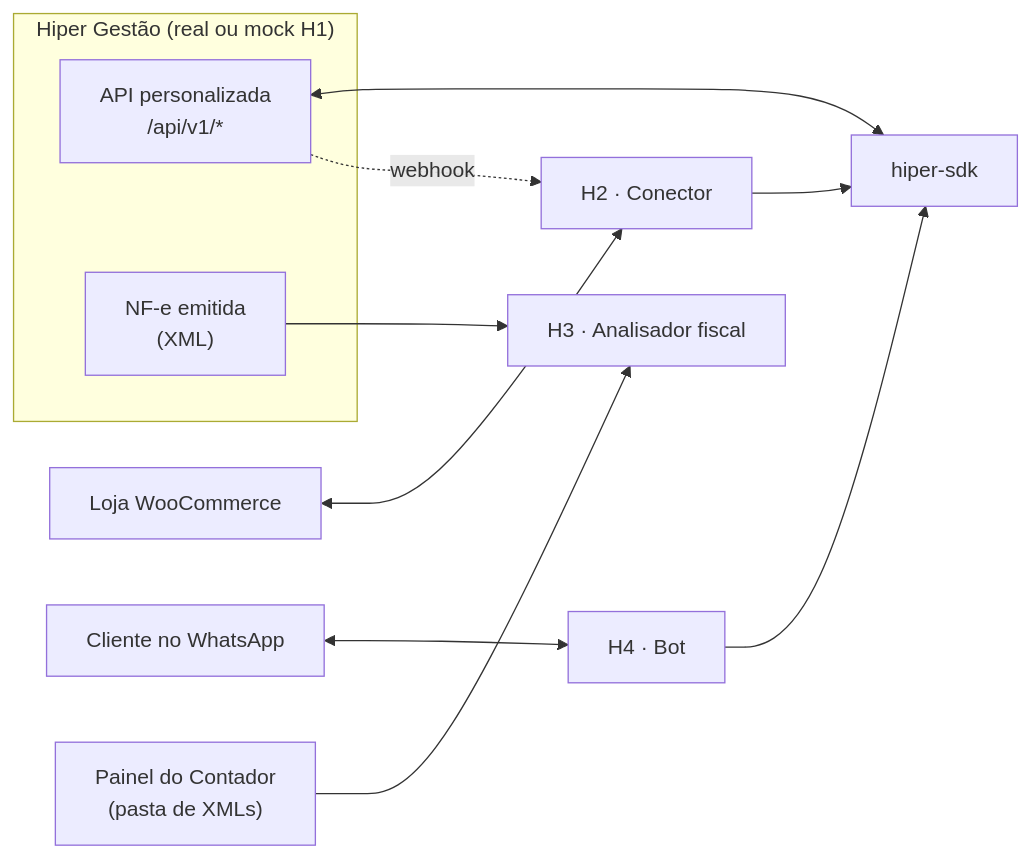
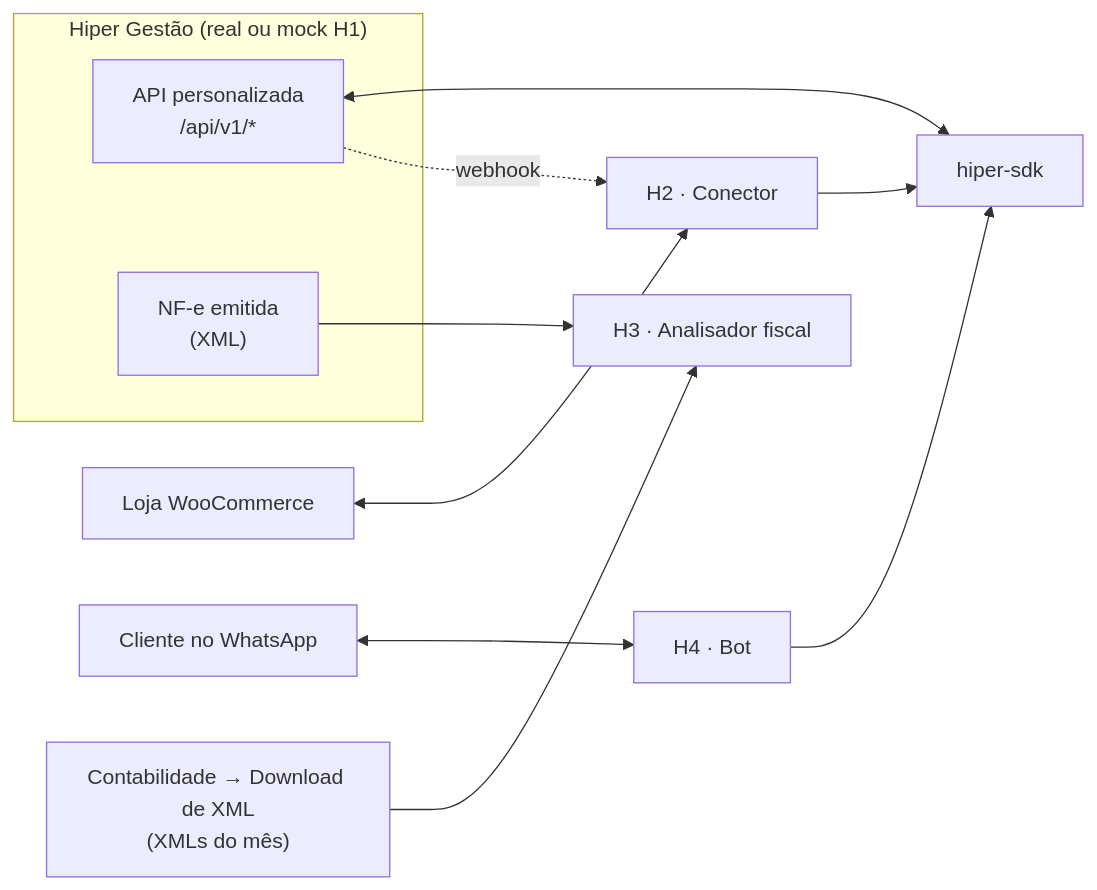
The diagram in README.md (GabrielNM12/hiper-especialista), drawn with Mermaid before and after one commit. The commit also changed other lines of this file and 12 other files, not shown here.

````diff
--- a/README.md
+++ b/README.md
@@ -30,23 +30,23 @@
 ```mermaid
 flowchart LR
     subgraph Hiper["Hiper Gestão (real ou mock H1)"]
         API["API personalizada<br/>/api/v1/*"]
         NF["NF-e emitida<br/>(XML)"]
     end
     SDK["hiper-sdk"]
     WOO["Loja WooCommerce"]
     WA["Cliente no WhatsApp"]
     H2["H2 · Conector"]
     H4["H4 · Bot"]
     H3["H3 · Analisador fiscal"]
-    CONT["Painel do Contador<br/>(pasta de XMLs)"]
+    CONT["Contabilidade → Download de XML<br/>(XMLs do mês)"]
 
     H2 --> SDK
     H4 --> SDK
     SDK <--> API
     WOO <--> H2
     WA <--> H4
     API -. "webhook" .-> H2
     NF --> H3
     CONT --> H3
 ```
````
